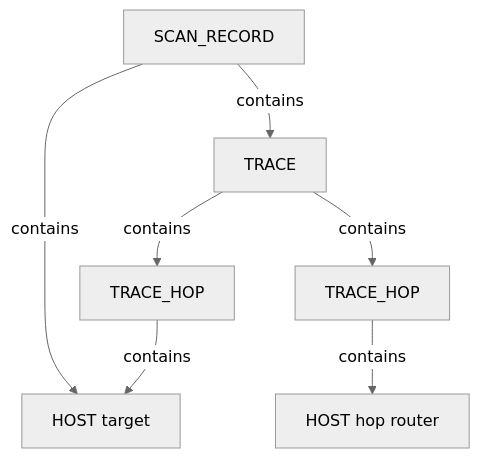
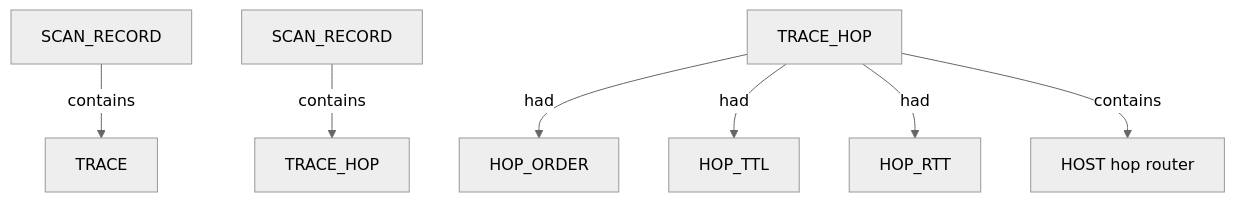
The sixth of 6 diagrams in .docs/docs-for-cli-tools/nugget_structure/nmap_nugget_graph_structure.md (brettforbes/spiderfeet), drawn with Mermaid (neutral theme) before and after one commit. The commit also changed other lines of this file and 56 other files, not shown here.

````diff
--- a/.docs/docs-for-cli-tools/nugget_structure/nmap_nugget_graph_structure.md
+++ b/.docs/docs-for-cli-tools/nugget_structure/nmap_nugget_graph_structure.md
@@ -121,15 +131,18 @@
 ```mermaid
 flowchart TD
-  scan["SCAN_RECORD"]
-  target["HOST target"]
-  trace["TRACE"]
-  hop1["TRACE_HOP"]
-  hopN["TRACE_HOP"]
-  r1["HOST hop router"]
-  scan -->|contains| target
-  scan -->|contains| trace
-  trace -->|contains| hop1
-  trace -->|contains| hopN
-  hop1 -->|contains| r1
-  hopN -->|contains| target
+  scan_record_1["SCAN_RECORD"]
+  trace_2["TRACE"]
+  trace_3["SCAN_RECORD"]
+  trace_hop_4["TRACE_HOP"]
+  trace_hop_5["TRACE_HOP"]
+  hop_order_6["HOP_ORDER"]
+  hop_ttl_7["HOP_TTL"]
+  hop_rtt_8["HOP_RTT"]
+  host_9["HOST hop router"]
+  scan_record_1 -->|contains| trace_2
+  trace_3 -->|contains| trace_hop_4
+  trace_hop_5 -->|had| hop_order_6
+  trace_hop_5 -->|had| hop_ttl_7
+  trace_hop_5 -->|had| hop_rtt_8
+  trace_hop_5 -->|contains| host_9
 ```
````
